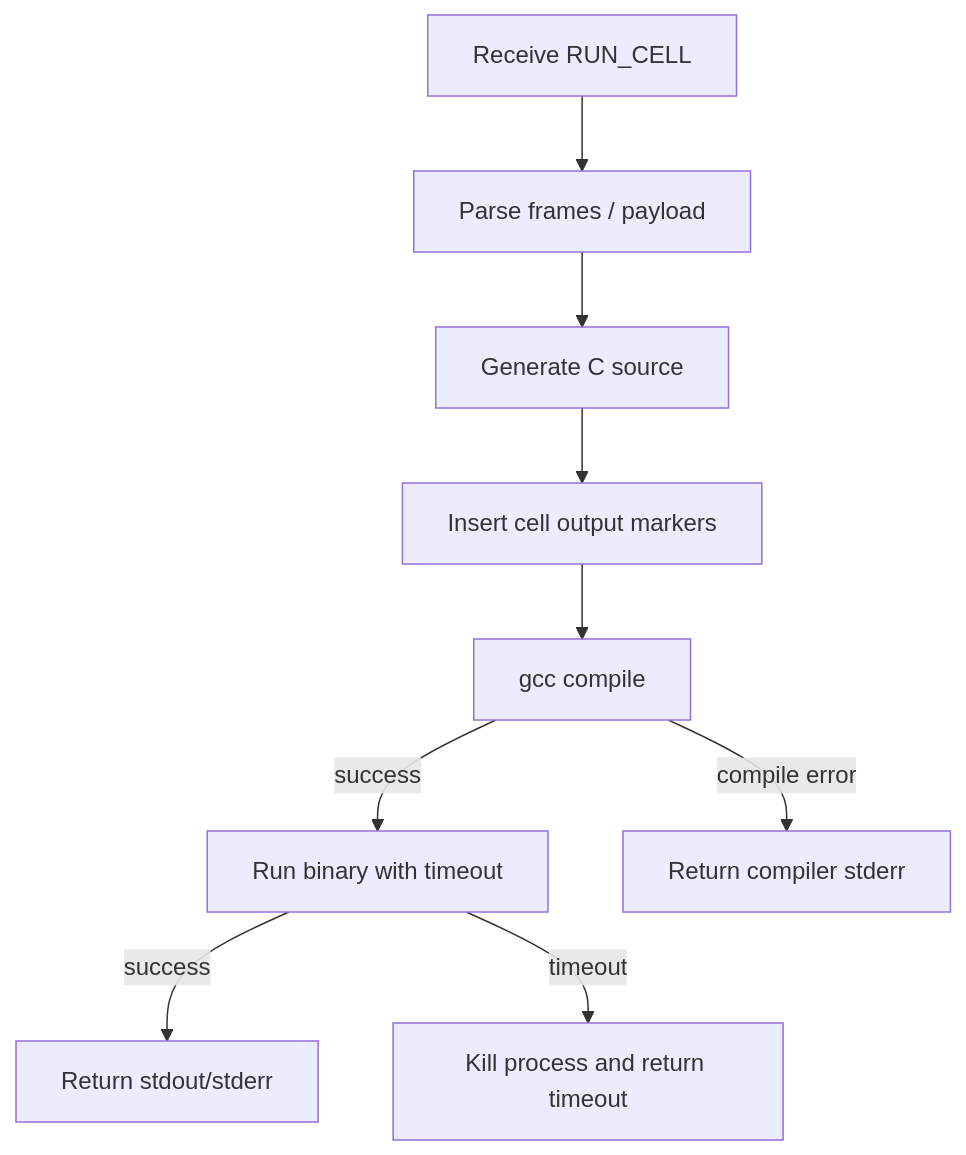
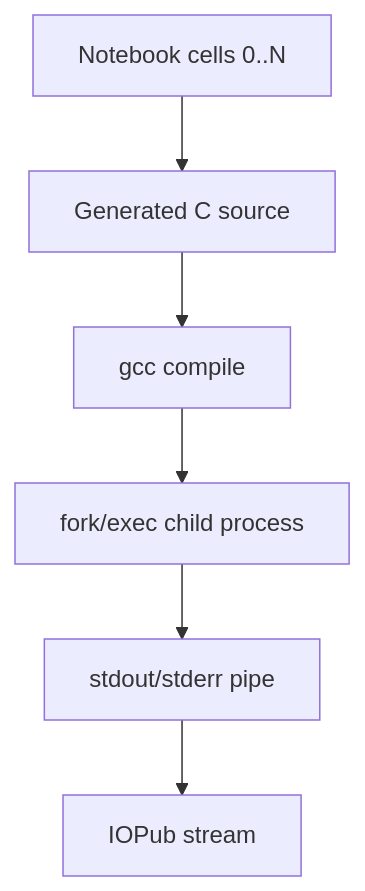
The tenth of 15 diagrams in presentation/PRESENTATION_SLIDES.md (Andrew53O/zemomq-c-notebook), drawn with Mermaid before and after one commit. The commit also changed other lines of this file and 1 other file, not shown here.

````diff
--- a/presentation/PRESENTATION_SLIDES.md
+++ b/presentation/PRESENTATION_SLIDES.md
@@ -430,11 +446,8 @@
 ```mermaid
 flowchart TD
-    A["Receive RUN_CELL"] --> B["Parse frames / payload"]
-    B --> C["Generate C source"]
-    C --> D["Insert cell output markers"]
-    D --> E["gcc compile"]
-    E -->|success| F["Run binary with timeout"]
-    E -->|compile error| G["Return compiler stderr"]
-    F -->|success| H["Return stdout/stderr"]
-    F -->|timeout| I["Kill process and return timeout"]
+    Cells["Notebook cells 0..N"] --> Source["Generated C source"]
+    Source --> GCC["gcc compile"]
+    GCC --> Child["fork/exec child process"]
+    Child --> Pipe["stdout/stderr pipe"]
+    Pipe --> IOPub["IOPub stream"]
 ```
````
